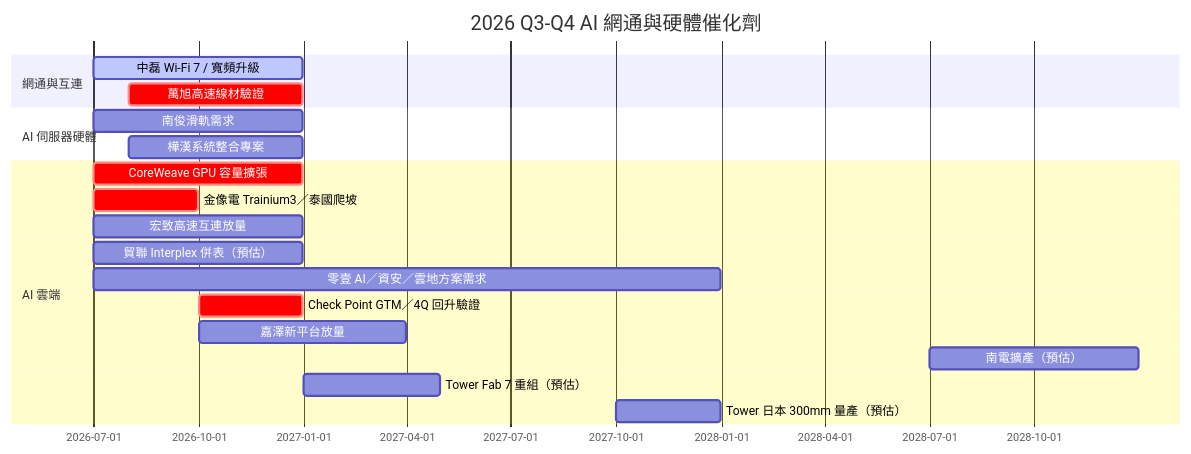
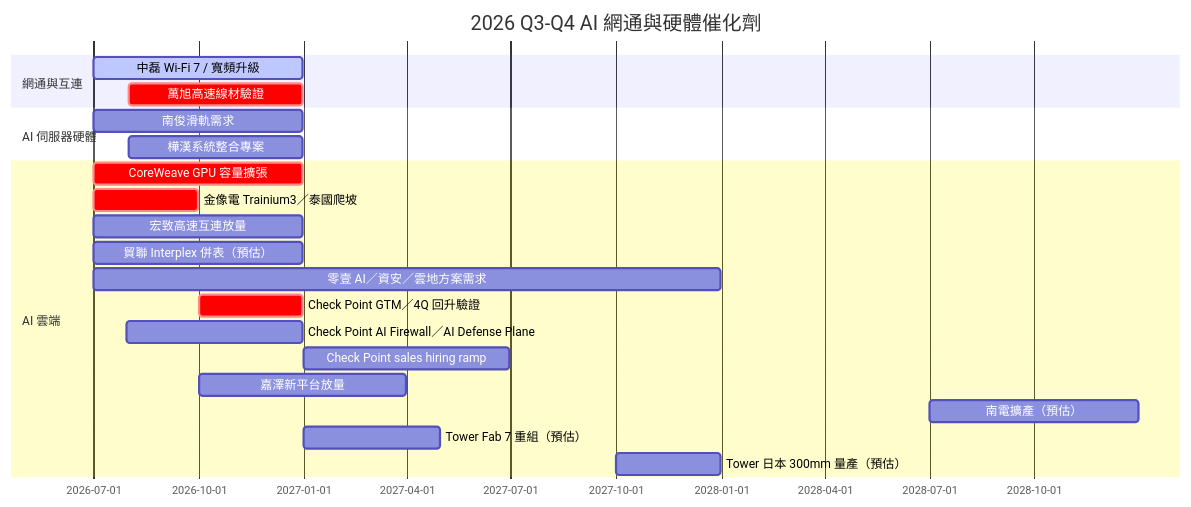
Before and after one commit to kevn950324/wiki_Stockv2: the diagram in content/lib/5.schedule/時程_2026Q3Q4_AI網通與硬體催化劑.md, drawn with Mermaid. The commit also changed other lines of this file and 9 other files, not shown here.

Commit message:
ingest：同步 Check Point 官方 2Q26 資料

````diff
--- a/content/lib/5.schedule/時程_2026Q3Q4_AI網通與硬體催化劑.md
+++ b/content/lib/5.schedule/時程_2026Q3Q4_AI網通與硬體催化劑.md
@@ -42,22 +44,24 @@
 ```mermaid
 gantt
     title 2026 Q3-Q4 AI 網通與硬體催化劑
     dateFormat YYYY-MM-DD
     section 網通與互連
     中磊 Wi-Fi 7 / 寬頻升級 :active, 2026-07-01, 2026-12-31
     萬旭高速線材驗證 :crit, 2026-08-01, 2026-12-31
     section AI 伺服器硬體
     南俊滑軌需求 :2026-07-01, 2026-12-31
     樺漢系統整合專案 :2026-08-01, 2026-12-31
     section AI 雲端
     CoreWeave GPU 容量擴張 :crit, 2026-07-01, 2026-12-31
     金像電 Trainium3／泰國爬坡 :crit, 2026-07-01, 2026-09-30
     宏致高速互連放量 :2026-07-01, 2026-12-31
     貿聯 Interplex 併表（預估） :2026-07-01, 2026-12-31
     零壹 AI／資安／雲地方案需求 :2026-07-01, 2027-12-31
     Check Point GTM／4Q 回升驗證 :crit, 2026-10-01, 2026-12-31
+    Check Point AI Firewall／AI Defense Plane :2026-07-30, 2026-12-31
+    Check Point sales hiring ramp :2027-01-01, 2027-06-30
     嘉澤新平台放量 :2026-10-01, 2027-03-31
     南電擴產（預估） :2028-07-01, 2028-12-31
     Tower Fab 7 重組（預估） :2027-01-01, 2027-04-30
     Tower 日本 300mm 量產（預估） :2027-10-01, 2027-12-31
 ```
````
